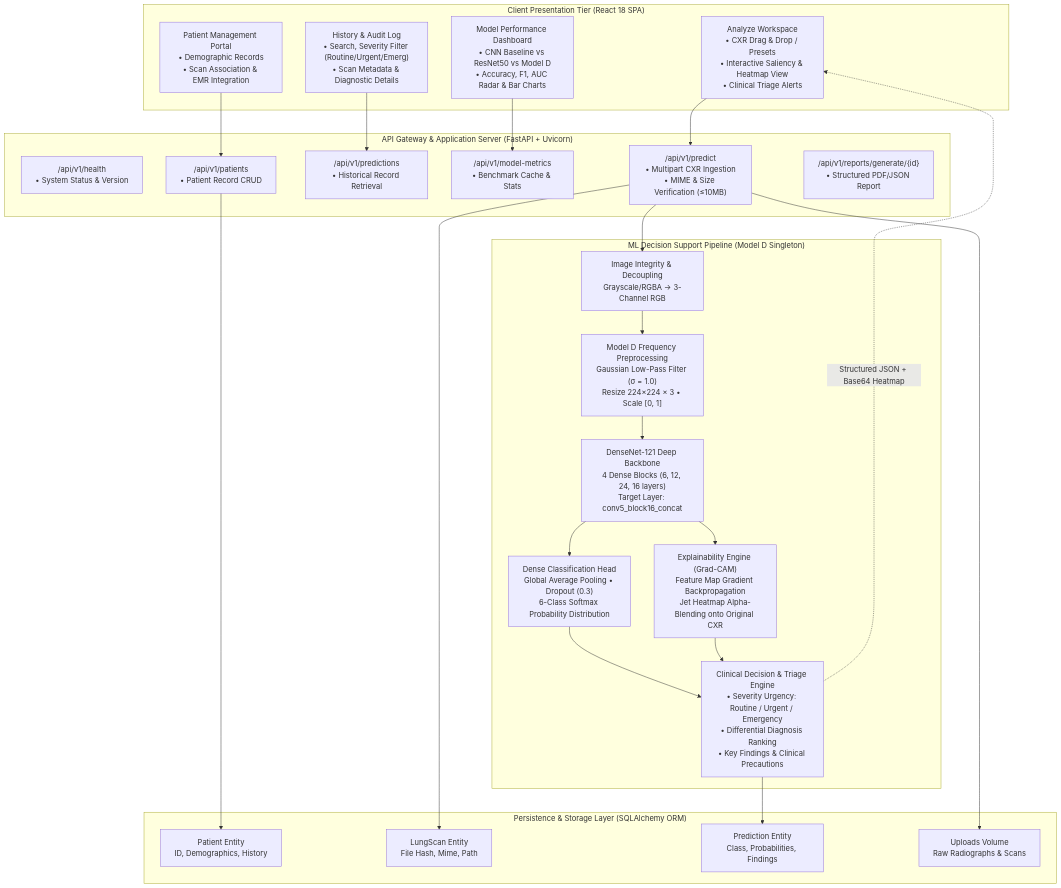
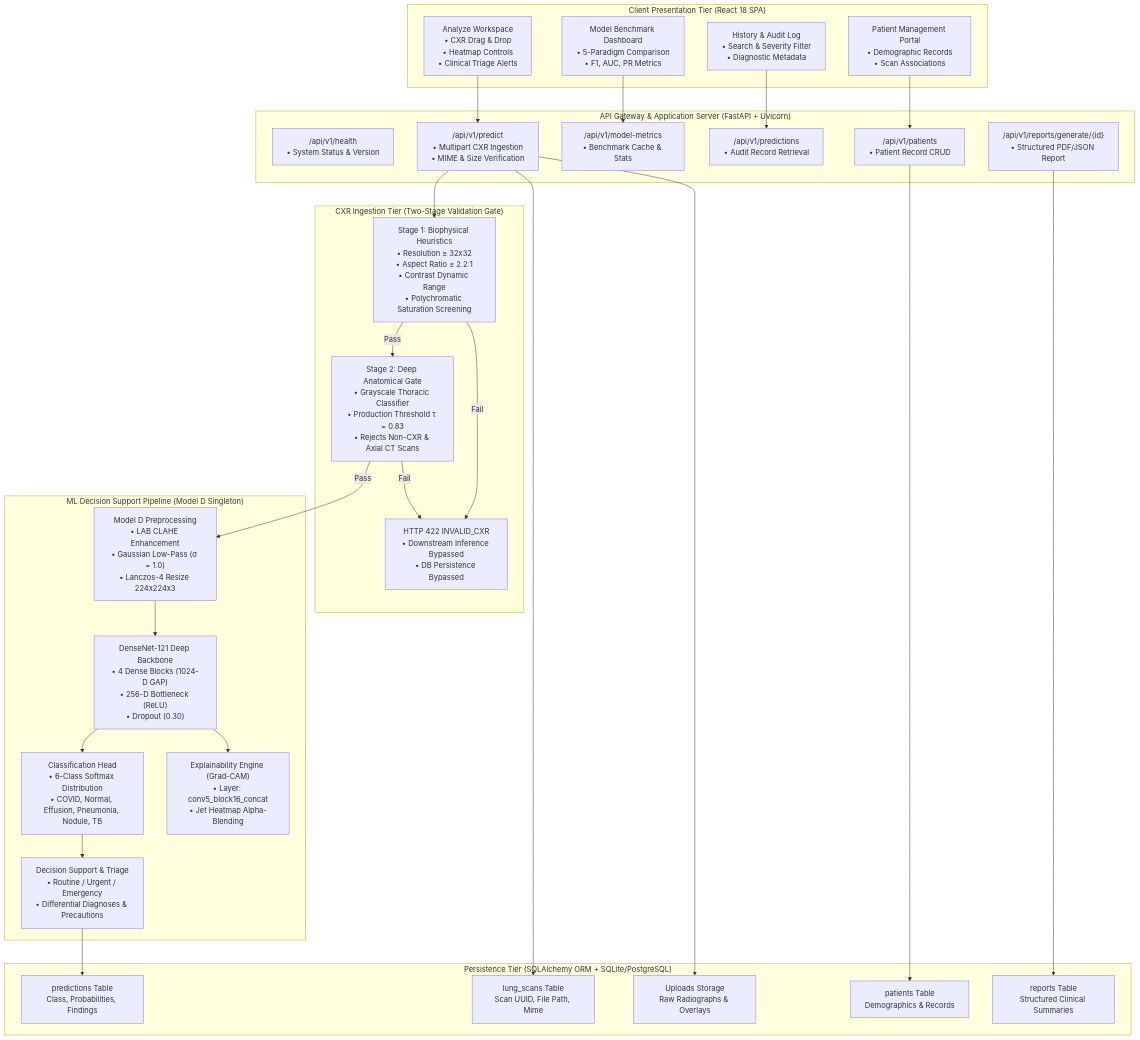
One commit to KSathwik/Lung_Disease_Detector changed the diagram in docs/diagrams/source/system_architecture.mmd. Above: the diagram before and after it, drawn with Mermaid. The commit also changed 57 other files, not shown here.

First line of the commit message:
feat(release): finalize research deliverables, CXR gate, UML suite, and documentation

```diff
--- a/docs/diagrams/source/system_architecture.mmd
+++ b/docs/diagrams/source/system_architecture.mmd
@@ -1,52 +1,60 @@
 graph TD
-    subgraph Client_Presentation_Tier ["Client Presentation Tier (React 18 SPA)"]
-        UI_Analyze["Analyze Workspace<br/>• CXR Drag & Drop / Presets<br/>• Interactive Saliency & Heatmap View<br/>• Clinical Triage Alerts"]
-        UI_Metrics["Model Performance Dashboard<br/>• CNN Baseline vs ResNet50 vs Model D<br/>• Accuracy, F1, AUC Radar & Bar Charts"]
-        UI_History["History & Audit Log<br/>• Search, Severity Filter (Routine/Urgent/Emerg)<br/>• Scan Metadata & Diagnostic Details"]
-        UI_Patients["Patient Management Portal<br/>• Demographic Records<br/>• Scan Association & EMR Integration"]
+    subgraph Client_Tier ["Client Presentation Tier (React 18 SPA)"]
+        UI_Analyze["Analyze Workspace<br/>• CXR Drag & Drop<br/>• Heatmap Controls<br/>• Clinical Triage Alerts"]
+        UI_Metrics["Model Benchmark Dashboard<br/>• 5-Paradigm Comparison<br/>• F1, AUC, PR Metrics"]
+        UI_History["History & Audit Log<br/>• Search & Severity Filter<br/>• Diagnostic Metadata"]
+        UI_Patients["Patient Management Portal<br/>• Demographic Records<br/>• Scan Associations"]
     end
 
-    subgraph API_Gateway_Tier ["API Gateway & Application Server (FastAPI + Uvicorn)"]
+    subgraph API_Tier ["API Gateway & Application Server (FastAPI + Uvicorn)"]
         Router_Health["/api/v1/health<br/>• System Status & Version"]
-        Router_Predict["/api/v1/predict<br/>• Multipart CXR Ingestion<br/>• MIME & Size Verification (&le;10MB)"]
-        Router_History["/api/v1/predictions<br/>• Historical Record Retrieval"]
+        Router_Predict["/api/v1/predict<br/>• Multipart CXR Ingestion<br/>• MIME & Size Verification"]
+        Router_History["/api/v1/predictions<br/>• Audit Record Retrieval"]
         Router_Metrics["/api/v1/model-metrics<br/>• Benchmark Cache & Stats"]
         Router_Patients["/api/v1/patients<br/>• Patient Record CRUD"]
         Router_Reports["/api/v1/reports/generate/{id}<br/>• Structured PDF/JSON Report"]
     end
 
-    subgraph ML_Inference_Tier ["ML Decision Support Pipeline (Model D Singleton)"]
-        Validation["Image Integrity & Decoupling<br/>Grayscale/RGBA &rarr; 3-Channel RGB"]
-        FreqPreproc["Model D Frequency Preprocessing<br/>Gaussian Low-Pass Filter (&sigma; = 1.0)<br/>Resize 224&times;224 &times; 3 &bull; Scale [0, 1]"]
-        DenseNet121["DenseNet-121 Deep Backbone<br/>4 Dense Blocks (6, 12, 24, 16 layers)<br/>Target Layer: conv5_block16_concat"]
-        Classifier["Dense Classification Head<br/>Global Average Pooling &bull; Dropout (0.3)<br/>6-Class Softmax Probability Distribution"]
-        DecisionSupport["Clinical Decision & Triage Engine<br/>• Severity Urgency: Routine / Urgent / Emergency<br/>• Differential Diagnosis Ranking<br/>• Key Findings & Clinical Precautions"]
-        GradCAM["Explainability Engine (Grad-CAM)<br/>Feature Map Gradient Backpropagation<br/>Jet Heatmap Alpha-Blending onto Original CXR"]
+    subgraph Gate_Tier ["CXR Ingestion Tier (Two-Stage Validation Gate)"]
+        Gate_Stage1["Stage 1: Biophysical Heuristics<br/>• Resolution &ge; 32x32<br/>• Aspect Ratio &le; 2.2:1<br/>• Contrast Dynamic Range<br/>• Polychromatic Saturation Screening"]
+        Gate_Stage2["Stage 2: Deep Anatomical Gate<br/>• Grayscale Thoracic Classifier<br/>• Production Threshold &tau; = 0.83<br/>• Rejects Non-CXR & Axial CT Scans"]
+        Gate_Reject["HTTP 422 INVALID_CXR<br/>• Downstream Inference Bypassed<br/>• DB Persistence Bypassed"]
     end
 
-    subgraph Data_Persistence_Tier ["Persistence & Storage Layer (SQLAlchemy ORM)"]
-        DB_Patient["Patient Entity<br/>ID, Demographics, History"]
-        DB_Scan["LungScan Entity<br/>File Hash, Mime, Path"]
-        DB_Prediction["Prediction Entity<br/>Class, Probabilities, Findings"]
-        Storage_Disk["Uploads Volume<br/>Raw Radiographs & Scans"]
+    subgraph ML_Tier ["ML Decision Support Pipeline (Model D Singleton)"]
+        Preprocessing["Model D Preprocessing<br/>• LAB CLAHE Enhancement<br/>• Gaussian Low-Pass (&sigma; = 1.0)<br/>• Lanczos-4 Resize 224x224x3"]
+        ModelD["DenseNet-121 Deep Backbone<br/>• 4 Dense Blocks (1024-D GAP)<br/>• 256-D Bottleneck (ReLU)<br/>• Dropout (0.30)"]
+        Classifier["Classification Head<br/>• 6-Class Softmax Distribution<br/>• COVID, Normal, Effusion, Pneumonia, Nodule, TB"]
+        GradCAM["Explainability Engine (Grad-CAM)<br/>• Layer: conv5_block16_concat<br/>• Jet Heatmap Alpha-Blending"]
+        Triage["Decision Support & Triage<br/>• Routine / Urgent / Emergency<br/>• Differential Diagnoses & Precautions"]
+    end
+
+    subgraph DB_Tier ["Persistence Tier (SQLAlchemy ORM + SQLite/PostgreSQL)"]
+        DB_Patient["patients Table<br/>Demographics & Records"]
+        DB_Scan["lung_scans Table<br/>Scan UUID, File Path, Mime"]
+        DB_Prediction["predictions Table<br/>Class, Probabilities, Findings"]
+        DB_Report["reports Table<br/>Structured Clinical Summaries"]
+        Storage["Uploads Storage<br/>Raw Radiographs & Overlays"]
     end
 
     UI_Analyze --> Router_Predict
     UI_Metrics --> Router_Metrics
     UI_History --> Router_History
     UI_Patients --> Router_Patients
 
-    Router_Predict --> Validation
-    Validation --> FreqPreproc
-    FreqPreproc --> DenseNet121
-    DenseNet121 --> Classifier
-    Classifier --> DecisionSupport
-    DenseNet121 --> GradCAM
-    GradCAM --> DecisionSupport
+    Router_Predict --> Gate_Stage1
+    Gate_Stage1 -->|Pass| Gate_Stage2
+    Gate_Stage1 -->|Fail| Gate_Reject
+    Gate_Stage2 -->|Pass| Preprocessing
+    Gate_Stage2 -->|Fail| Gate_Reject
 
-    DecisionSupport --> DB_Prediction
+    Preprocessing --> ModelD
+    ModelD --> Classifier
+    Classifier --> Triage
+    ModelD --> GradCAM
+
     Router_Predict --> DB_Scan
+    Triage --> DB_Prediction
     Router_Patients --> DB_Patient
-    Router_Predict --> Storage_Disk
-
-    DecisionSupport -.->|Structured JSON + Base64 Heatmap| UI_Analyze
+    Router_Reports --> DB_Report
+    Router_Predict --> Storage
```
